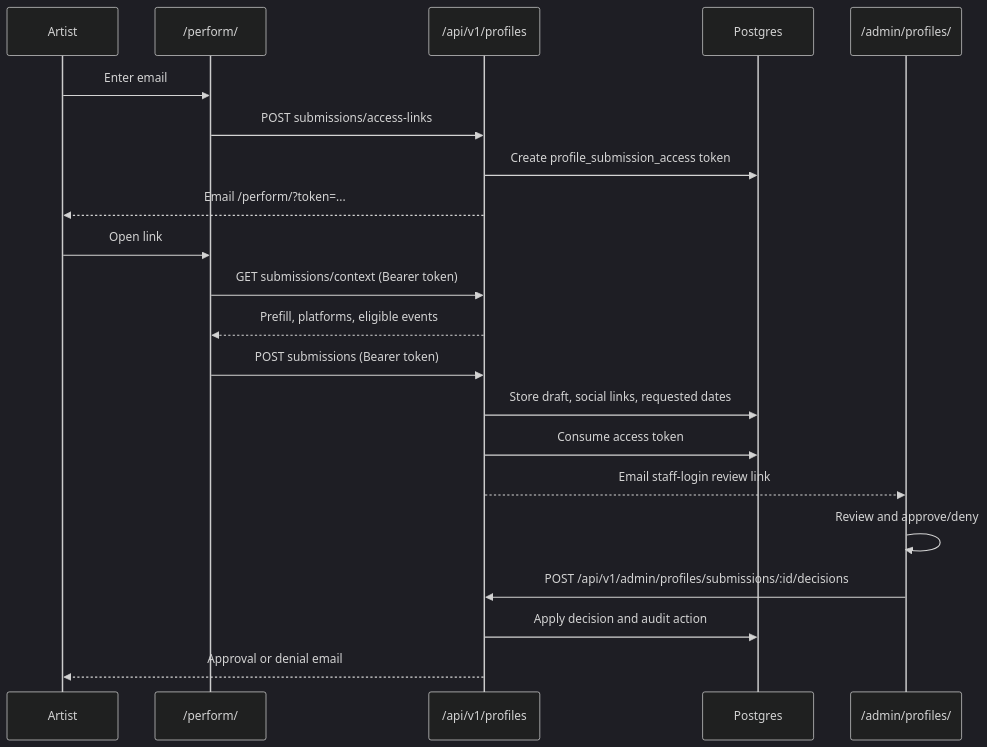
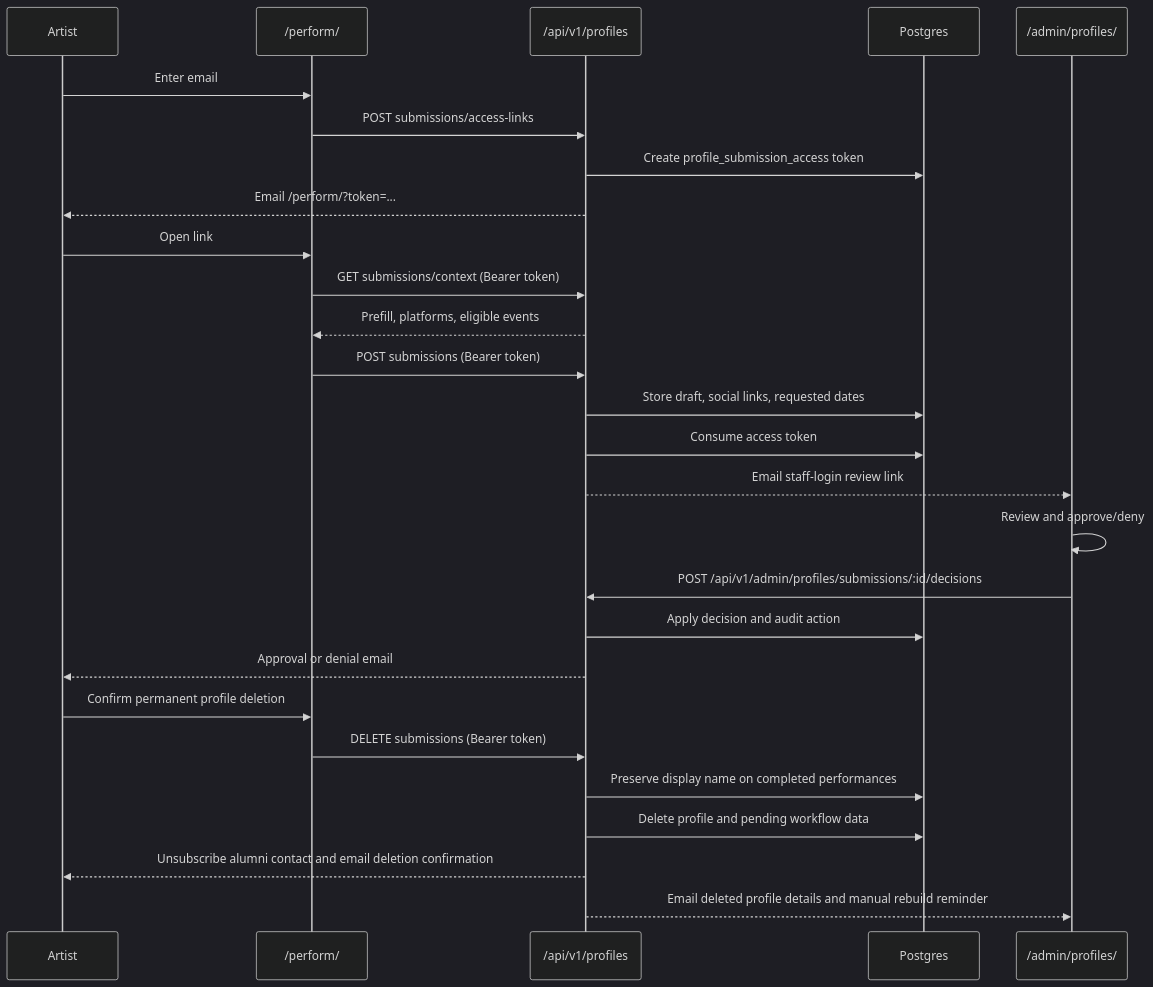
The first of 3 diagrams in PERFORMER_WORKFLOW_FLOW.md (emom-sydney/website), drawn with Mermaid (dark theme) before and after one commit. The commit also changed 12 other files, not shown here.

````diff
--- a/PERFORMER_WORKFLOW_FLOW.md
+++ b/PERFORMER_WORKFLOW_FLOW.md
@@ -8,24 +8,31 @@
 ```mermaid
 sequenceDiagram
     participant Artist
     participant Site as /perform/
     participant API as /api/v1/profiles
     participant DB as Postgres
     participant Staff as /admin/profiles/
 
     Artist->>Site: Enter email
     Site->>API: POST submissions/access-links
     API->>DB: Create profile_submission_access token
     API-->>Artist: Email /perform/?token=...
     Artist->>Site: Open link
     Site->>API: GET submissions/context (Bearer token)
     API-->>Site: Prefill, platforms, eligible events
     Site->>API: POST submissions (Bearer token)
     API->>DB: Store draft, social links, requested dates
     API->>DB: Consume access token
     API-->>Staff: Email staff-login review link
     Staff->>Staff: Review and approve/deny
     Staff->>API: POST /api/v1/admin/profiles/submissions/:id/decisions
     API->>DB: Apply decision and audit action
     API-->>Artist: Approval or denial email
+
+    Artist->>Site: Confirm permanent profile deletion
+    Site->>API: DELETE submissions (Bearer token)
+    API->>DB: Preserve display name on completed performances
+    API->>DB: Delete profile and pending workflow data
+    API-->>Artist: Unsubscribe alumni contact and email deletion confirmation
+    API-->>Staff: Email deleted profile details and manual rebuild reminder
 ```
````
